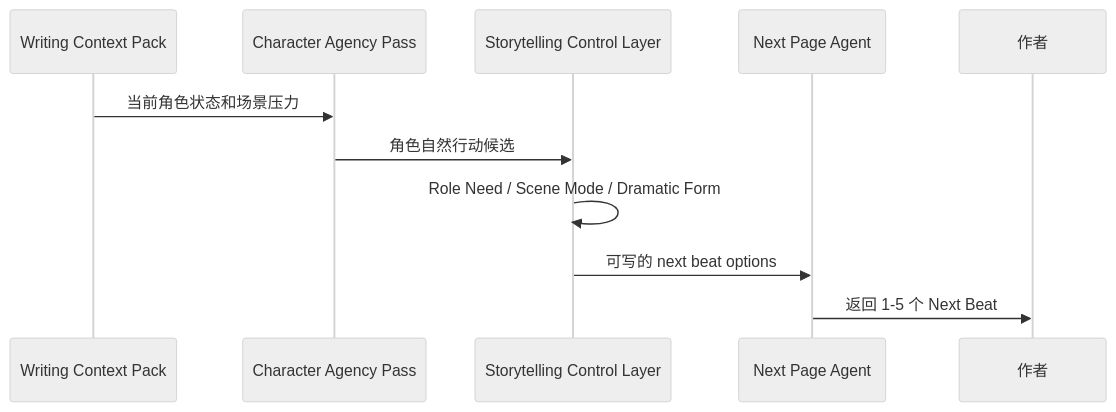
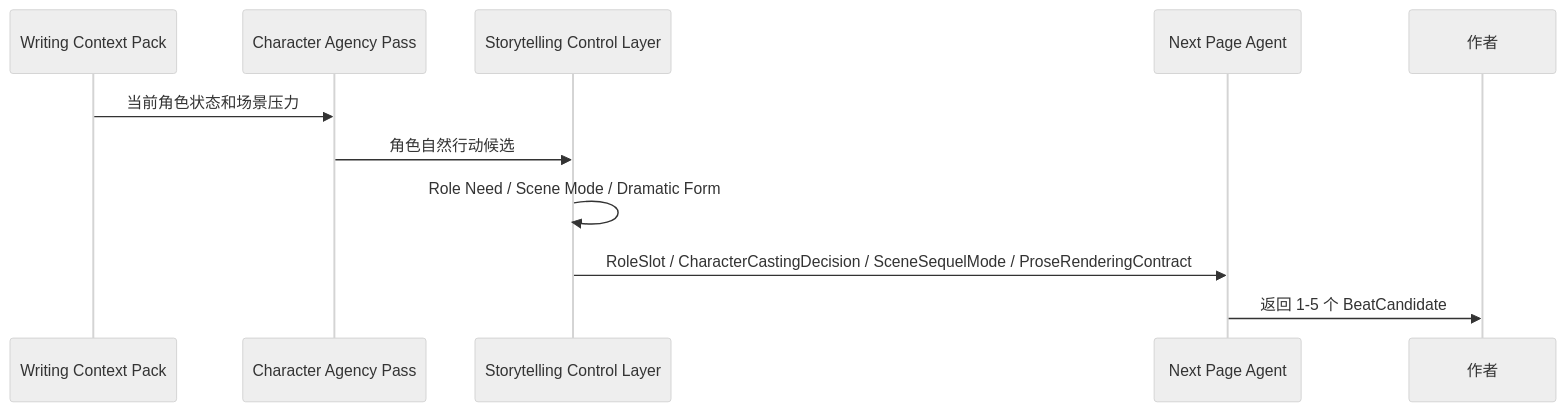
Before and after one commit to FrankQDWang/sextantlabs: the first of 3 diagrams in goals/23-next-page-agent.md, drawn with Mermaid (neutral theme). The commit also changed other lines of this file and 1 other file, not shown here.

````diff
--- a/goals/23-next-page-agent.md
+++ b/goals/23-next-page-agent.md
@@ -35,14 +35,14 @@
 ```mermaid
 sequenceDiagram
     participant Pack as Writing Context Pack
     participant Agency as Character Agency Pass
     participant Story as Storytelling Control Layer
     participant Agent as Next Page Agent
     participant Author as 作者
 
     Pack->>Agency: 当前角色状态和场景压力
     Agency->>Story: 角色自然行动候选
     Story->>Story: Role Need / Scene Mode / Dramatic Form
-    Story->>Agent: 可写的 next beat options
-    Agent->>Author: 返回 1-5 个 Next Beat
+    Story->>Agent: RoleSlot / CharacterCastingDecision / SceneSequelMode / ProseRenderingContract
+    Agent->>Author: 返回 1-5 个 BeatCandidate
 ```
````
